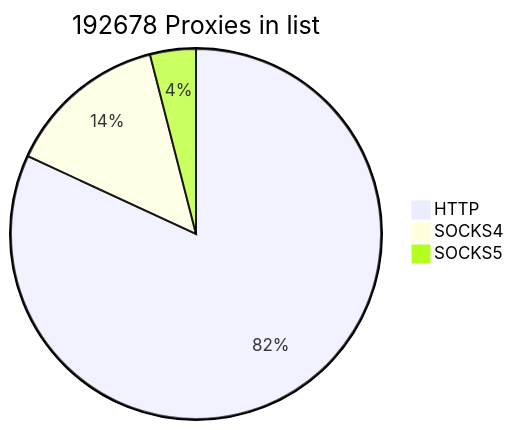
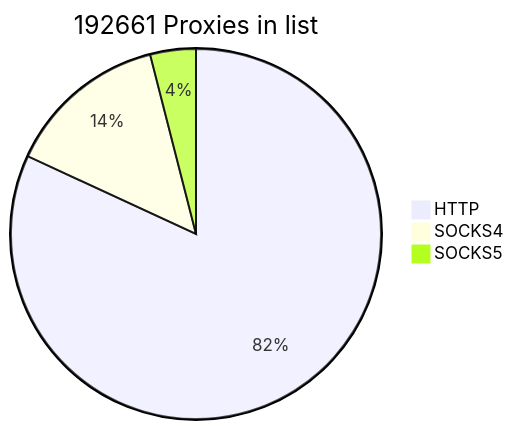
Before and after one commit to cutipu/proxylist: the first of 2 diagrams in README.md, drawn with Mermaid. The commit also changed other lines of this file, not shown here.

````diff
--- a/README.md
+++ b/README.md
@@ -2,7 +2,7 @@
 ```mermaid
-pie title 192678 Proxies in list
-    "HTTP" : 157806
-    "SOCKS4" : 27167
-    "SOCKS5" : 7705
+pie title 192661 Proxies in list
+    "HTTP" : 157776
+    "SOCKS4" : 27207
+    "SOCKS5" : 7678
             
 ```
````
